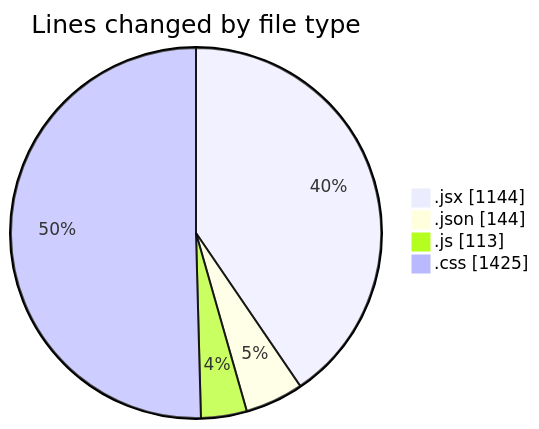
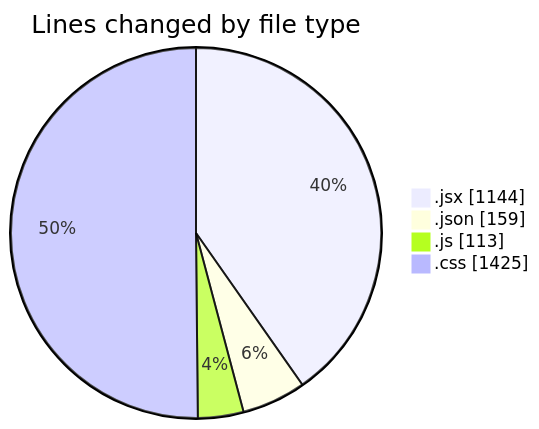
Before and after one commit to BS-eng2023/code-tracking: the first of 2 diagrams in 2025-05-04/project/README.md, drawn with Mermaid. The commit also changed other lines of this file and 1 other file, not shown here.

````diff
--- a/2025-05-04/project/README.md
+++ b/2025-05-04/project/README.md
@@ -36,8 +37,8 @@
 ```mermaid
 pie showData
 title Lines changed by file type
 ".jsx" : 1144
-".json" : 144
+".json" : 159
 ".js" : 113
 ".css" : 1425
 ```
````
